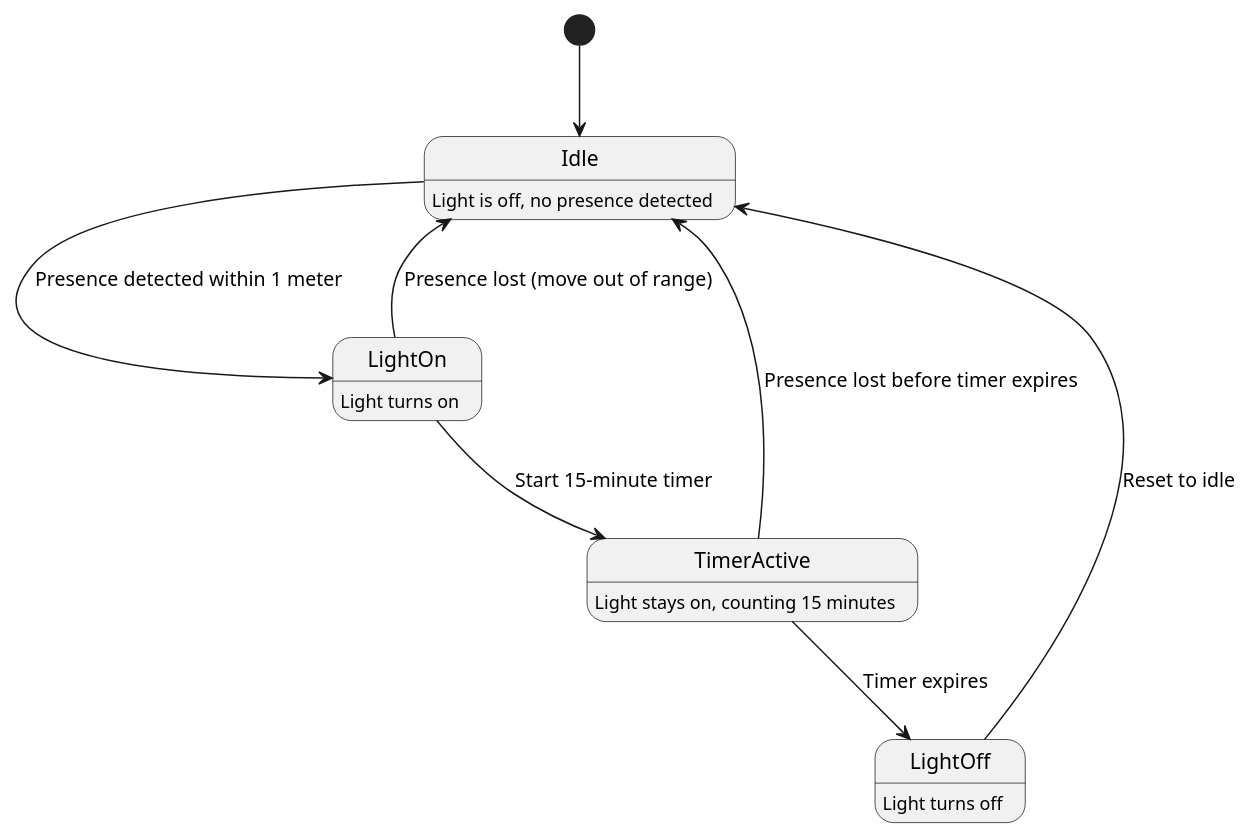
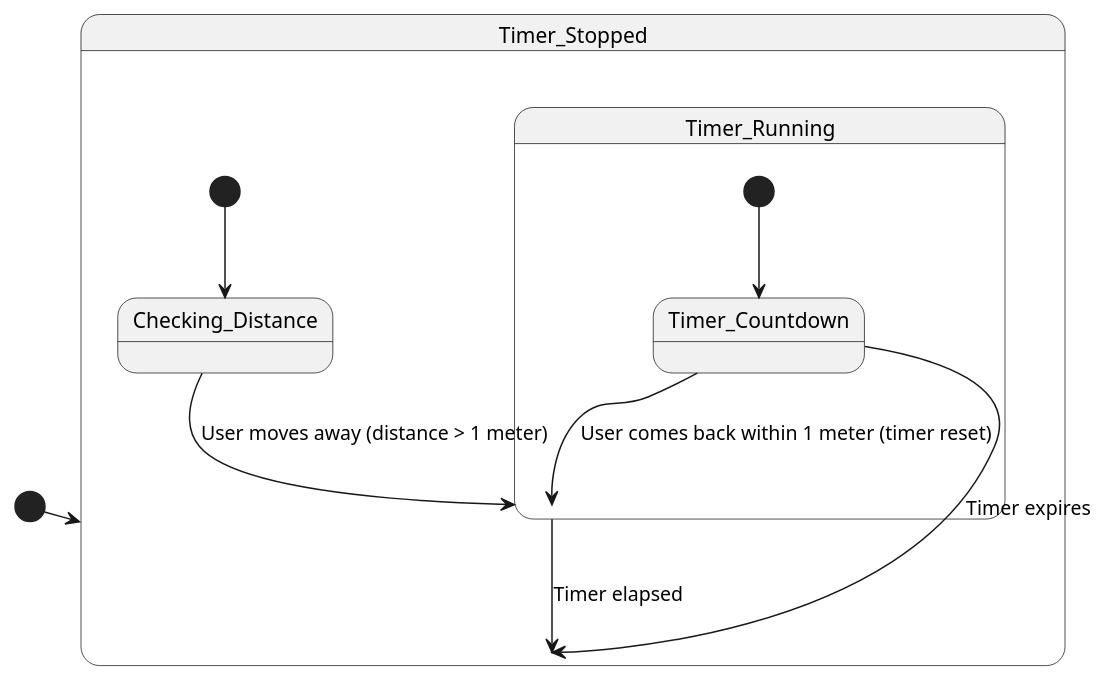
One commit to xinhailing/Individual_Sequence_Diagram_Yaya changed the diagram in src/chapter_2.md. Above: the diagram before and after it, drawn with PlantUML. The commit also changed other lines of this file and 3 other files, not shown here.

Commit message:
Create State Diagram for Task 2 : TimerControl

````diff
--- a/src/chapter_2.md
+++ b/src/chapter_2.md
@@ -2,21 +2,18 @@
 ```plantuml
 @startuml
-[*] --> Idle
+[*] --> Timer_Stopped
 
-Idle: Light is off, no presence detected
-Idle --> LightOn : Presence detected within 1 meter
+state Timer_Stopped {
+    [*] --> Checking_Distance
+    Checking_Distance --> Timer_Running : User moves away (distance > 1 meter)
+}
 
-LightOn: Light turns on
-LightOn --> TimerActive : Start 15-minute timer
+state Timer_Running {
+    [*] --> Timer_Countdown
+    Timer_Countdown --> Timer_Stopped : Timer expires
+    Timer_Countdown --> Timer_Running : User comes back within 1 meter (timer reset)
+}
 
-TimerActive: Light stays on, counting 15 minutes
-TimerActive --> LightOff : Timer expires
-
-LightOff: Light turns off
-LightOff --> Idle : Reset to idle
-
-LightOn --> Idle : Presence lost (move out of range)
-TimerActive --> Idle : Presence lost before timer expires
-
+Timer_Running --> Timer_Stopped : Timer elapsed
 @enduml
 ```
````
